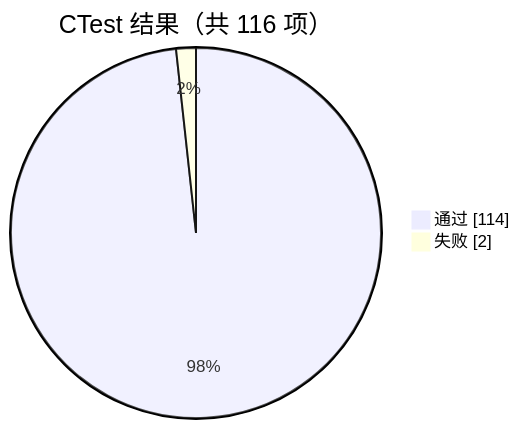
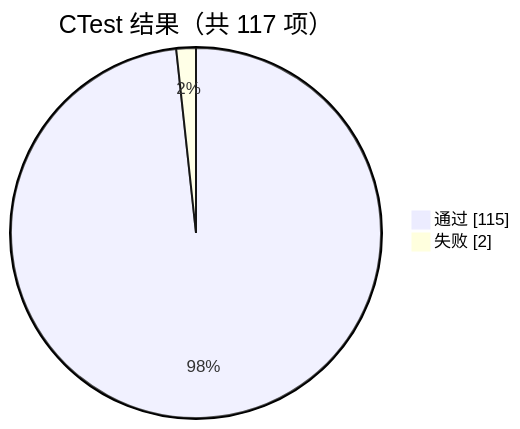
Before and after one commit to jimaka/auto_rudder: the fourth of 12 diagrams in docs/工程优化分析报告.md, drawn with Mermaid. The commit also changed other lines of this file and 24 other files, not shown here.

````diff
--- a/docs/工程优化分析报告.md
+++ b/docs/工程优化分析报告.md
@@ -160,6 +160,6 @@
 ```mermaid
 pie showData
-    title CTest 结果（共 116 项）
-    "通过" : 114
+    title CTest 结果（共 117 项）
+    "通过" : 115
     "失败" : 2
 ```
````
